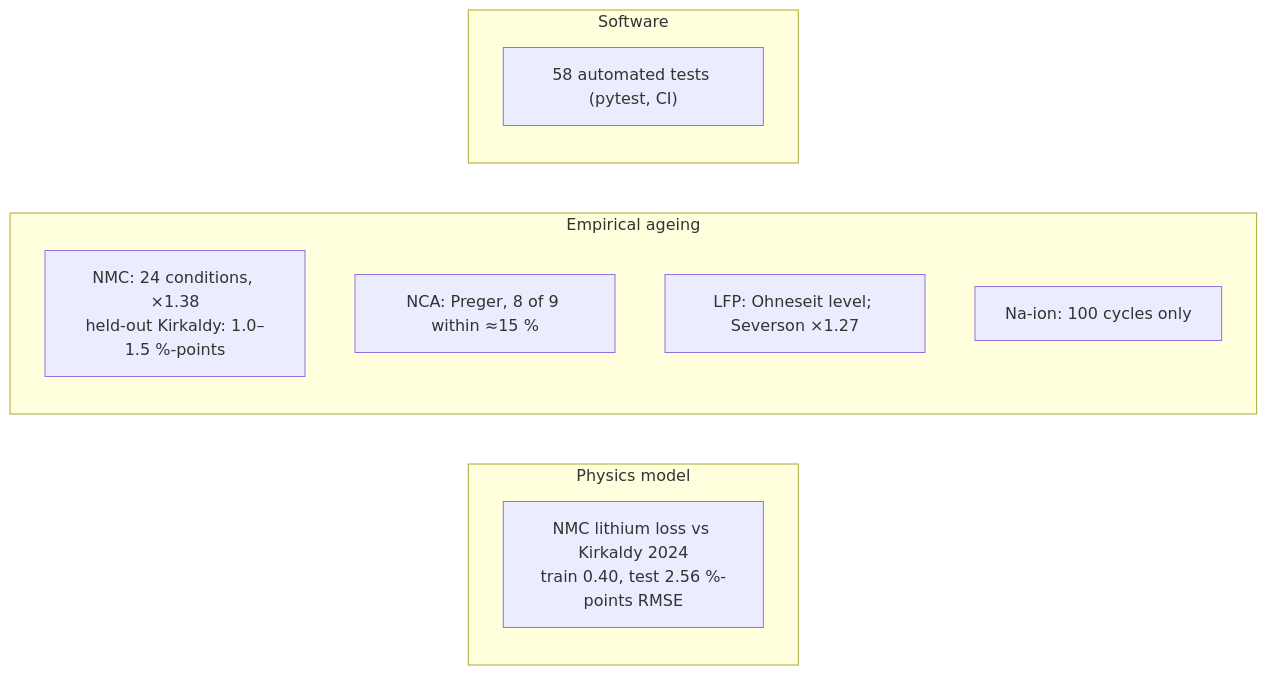
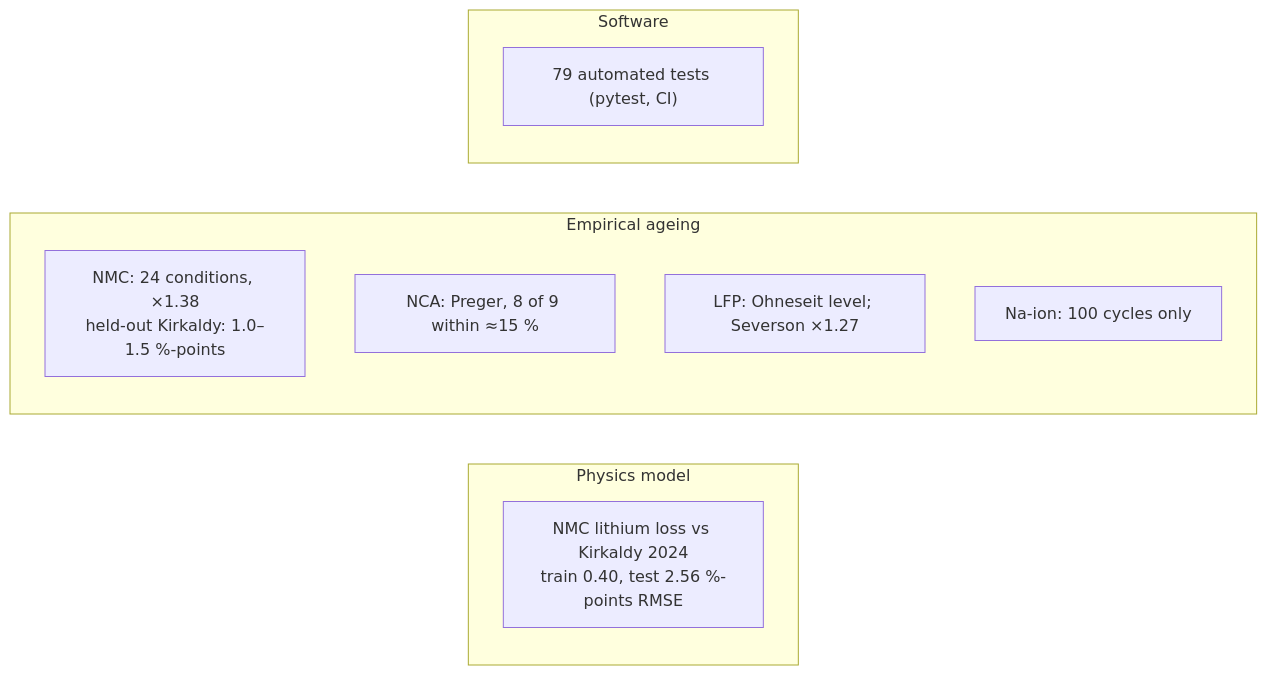
Before and after one commit to TheJohn01/DigitalTwinBattery: diagram 12 of 12 in README.md, drawn with Mermaid. The commit also changed other lines of this file and 16 other files, not shown here.

````diff
--- a/README.md
+++ b/README.md
@@ -1239,15 +1287,15 @@
 ```mermaid
 flowchart LR
     subgraph PHY["Physics model"]
         V1["NMC lithium loss vs Kirkaldy 2024<br/>train 0.40, test 2.56 %-points RMSE"]
     end
     subgraph EMP["Empirical ageing"]
         V2["NMC: 24 conditions, ×1.38<br/>held-out Kirkaldy: 1.0–1.5 %-points"]
         V3["NCA: Preger, 8 of 9 within ≈15 %"]
         V4["LFP: Ohneseit level; Severson ×1.27"]
         V5["Na-ion: 100 cycles only"]
     end
     subgraph SW["Software"]
-        V6["58 automated tests (pytest, CI)"]
+        V6["79 automated tests (pytest, CI)"]
     end
 ```
````
